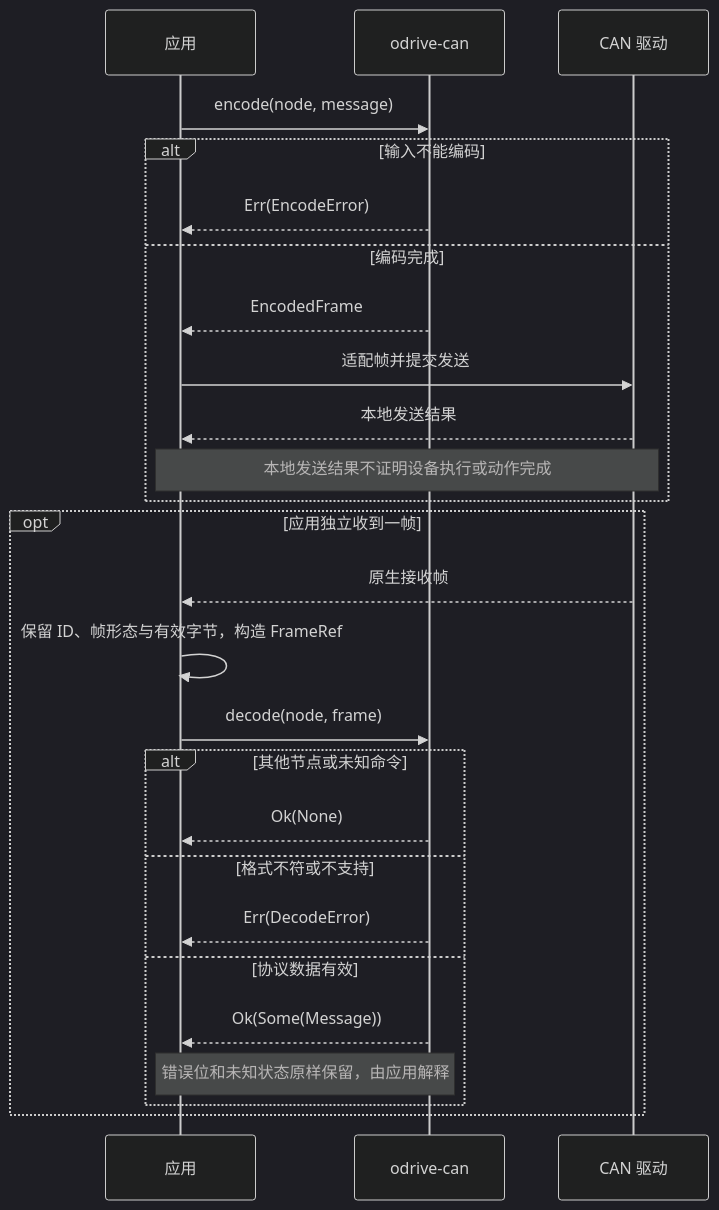
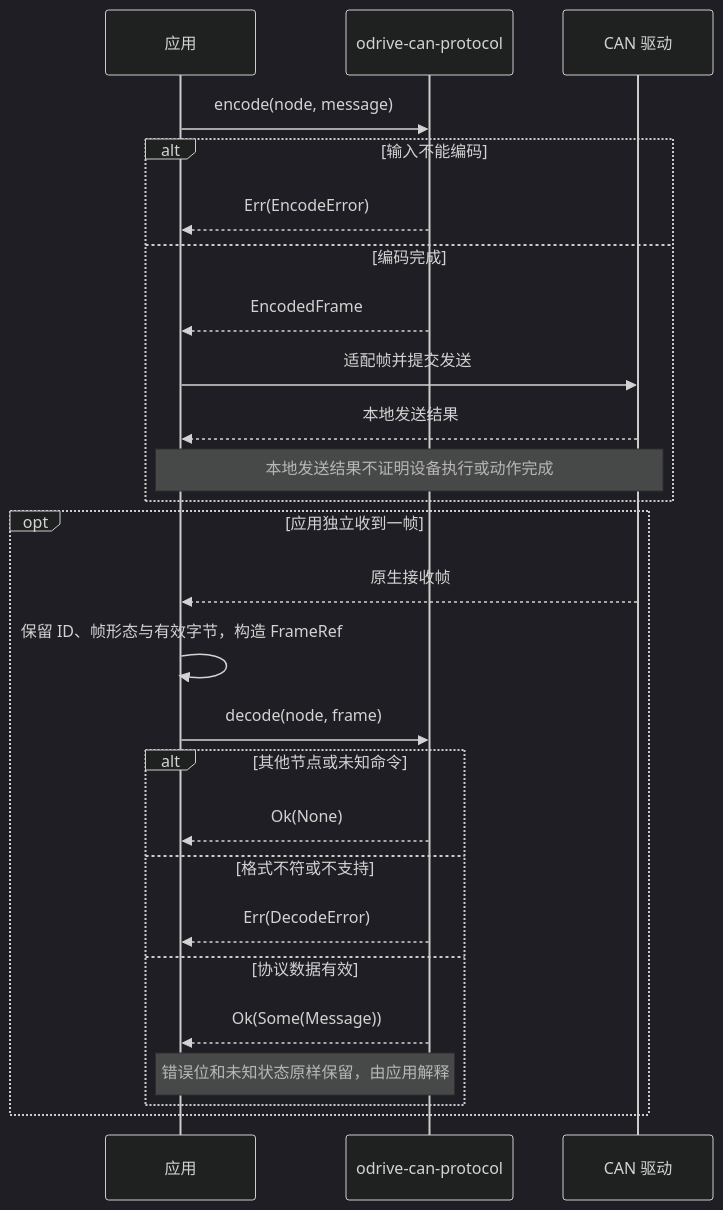
One commit to MRNIU/odrive-can-protocol changed the diagram in README.md. Above: the diagram before and after it, drawn with Mermaid (dark theme). The commit also changed other lines of this file and 12 other files, not shown here.

First line of the commit message:
chore(release): 准备 odrive-can-protocol 0.1.0 开源发布

````diff
--- a/README.md
+++ b/README.md
@@ -88,30 +116,30 @@
 ```mermaid
 sequenceDiagram
     participant App as 应用
-    participant Codec as odrive-can
+    participant Codec as odrive-can-protocol
     participant Driver as CAN 驱动
 
     App->>Codec: encode(node, message)
     alt 输入不能编码
         Codec-->>App: Err(EncodeError)
     else 编码完成
         Codec-->>App: EncodedFrame
         App->>Driver: 适配帧并提交发送
         Driver-->>App: 本地发送结果
         Note over App,Driver: 本地发送结果不证明设备执行或动作完成
     end
 
     opt 应用独立收到一帧
         Driver-->>App: 原生接收帧
         App->>App: 保留 ID、帧形态与有效字节，构造 FrameRef
         App->>Codec: decode(node, frame)
         alt 其他节点或未知命令
             Codec-->>App: Ok(None)
         else 格式不符或不支持
             Codec-->>App: Err(DecodeError)
         else 协议数据有效
             Codec-->>App: Ok(Some(Message))
             Note over App,Codec: 错误位和未知状态原样保留，由应用解释
         end
     end
 ```
````
